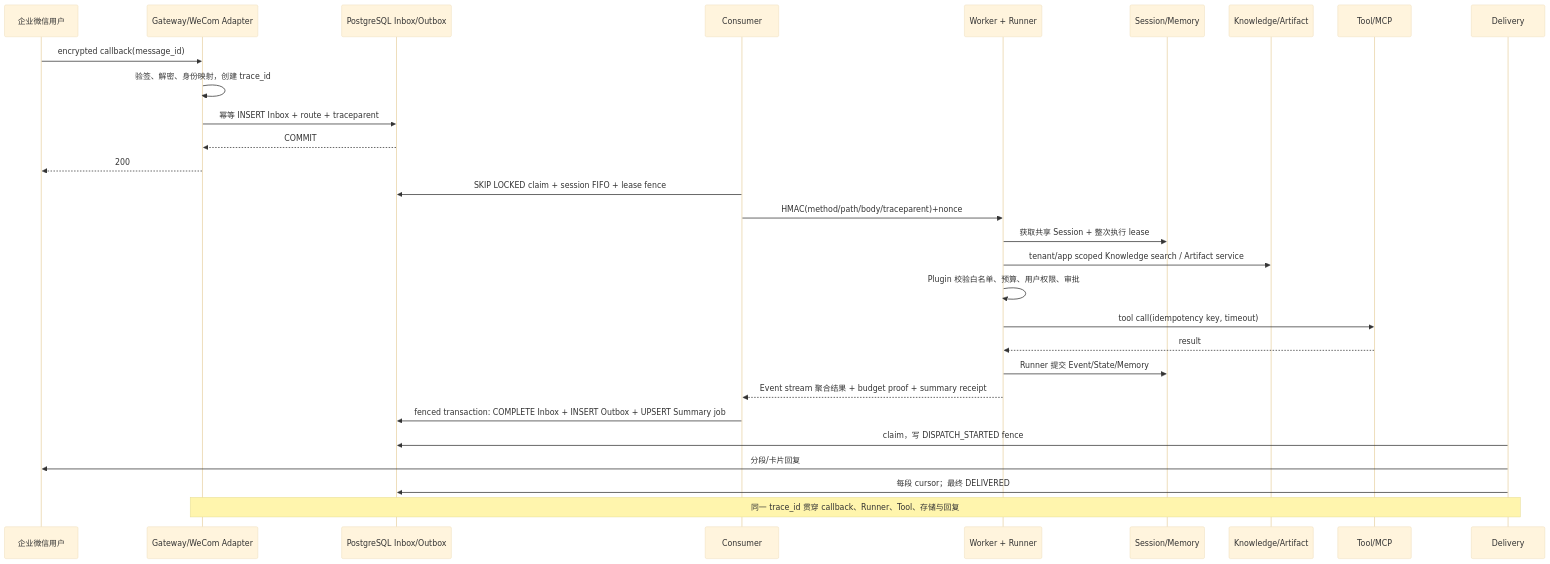
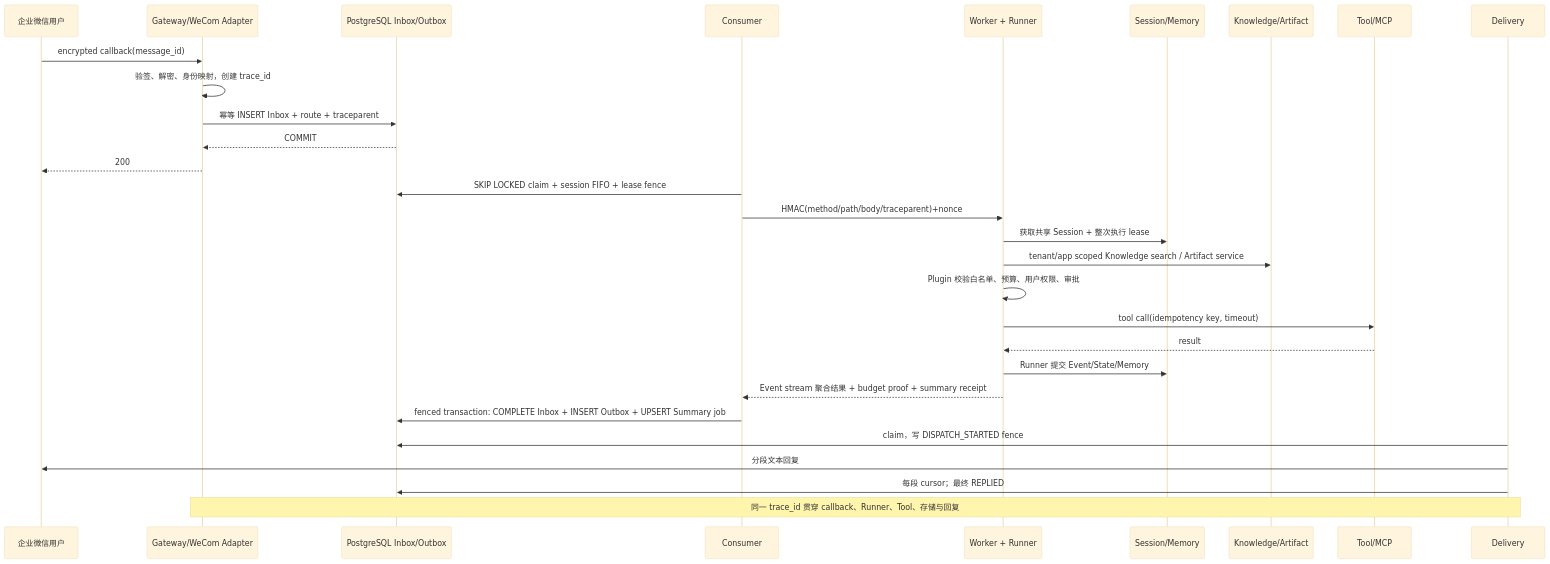
Before and after one commit to ltyfulan9/trpc-agent-service: the second of 2 diagrams in docs/COMPETITION_SUBMISSION.md, drawn with Mermaid (base theme). The commit also changed other lines of this file and 5 other files, not shown here.

````diff
--- a/docs/COMPETITION_SUBMISSION.md
+++ b/docs/COMPETITION_SUBMISSION.md
@@ -110,32 +122,32 @@
 ```mermaid
 sequenceDiagram
   participant U as 企业微信用户
   participant G as Gateway/WeCom Adapter
   participant P as PostgreSQL Inbox/Outbox
   participant C as Consumer
   participant W as Worker + Runner
   participant SM as Session/Memory
   participant K as Knowledge/Artifact
   participant T as Tool/MCP
   participant D as Delivery
 
   U->>G: encrypted callback(message_id)
   G->>G: 验签、解密、身份映射，创建 trace_id
   G->>P: 幂等 INSERT Inbox + route + traceparent
   P-->>G: COMMIT
   G-->>U: 200
   C->>P: SKIP LOCKED claim + session FIFO + lease fence
   C->>W: HMAC(method/path/body/traceparent)+nonce
   W->>SM: 获取共享 Session + 整次执行 lease
   W->>K: tenant/app scoped Knowledge search / Artifact service
   W->>W: Plugin 校验白名单、预算、用户权限、审批
   W->>T: tool call(idempotency key, timeout)
   T-->>W: result
   W->>SM: Runner 提交 Event/State/Memory
   W-->>C: Event stream 聚合结果 + budget proof + summary receipt
   C->>P: fenced transaction: COMPLETE Inbox + INSERT Outbox + UPSERT Summary job
   D->>P: claim，写 DISPATCH_STARTED fence
-  D->>U: 分段/卡片回复
-  D->>P: 每段 cursor；最终 DELIVERED
+  D->>U: 分段文本回复
+  D->>P: 每段 cursor；最终 REPLIED
   Note over G,D: 同一 trace_id 贯穿 callback、Runner、Tool、存储与回复
 ```
````
